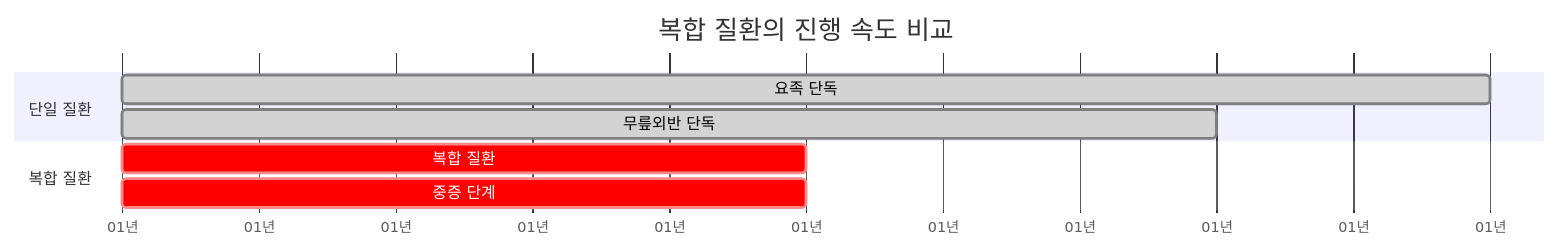
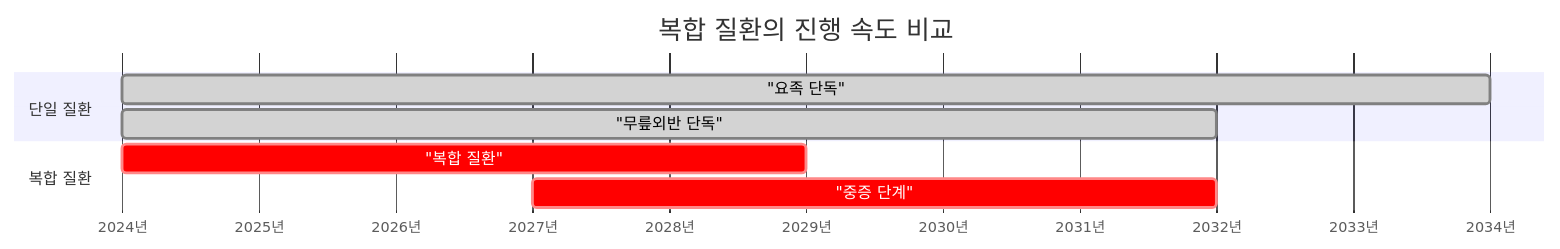
One commit to didghwns0514/walkingfix changed the eighth of 13 diagrams in raw/pes-cavus/combined-effects.md. Above: the diagram before and after it, drawn with Mermaid. The commit also changed other lines of this file and 14 other files, not shown here.

First line of the commit message:
fix: Comprehensive mermaid diagram syntax fixes for GitBook compatibility

````diff
--- a/raw/pes-cavus/combined-effects.md
+++ b/raw/pes-cavus/combined-effects.md
@@ -198,14 +195,14 @@
 ```mermaid
 gantt
     title 복합 질환의 진행 속도 비교
-    dateFormat X
-    axisFormat %d년
+    dateFormat YYYY-MM-DD
+    axisFormat %Y년
 
     section 단일 질환
-    요족 단독 : done, single1, 0, 10
-    무릎외반 단독 : done, single2, 0, 8
+    "요족 단독" : done, single1, 2024-01-01, 2034-01-01
+    "무릎외반 단독" : done, single2, 2024-01-01, 2032-01-01
 
     section 복합 질환
-    복합 질환 : crit, combined, 0, 5
-    중증 단계 : crit, severe, 3, 5
+    "복합 질환" : crit, combined, 2024-01-01, 2029-01-01
+    "중증 단계" : crit, severe, 2027-01-01, 2032-01-01
 ```
````
